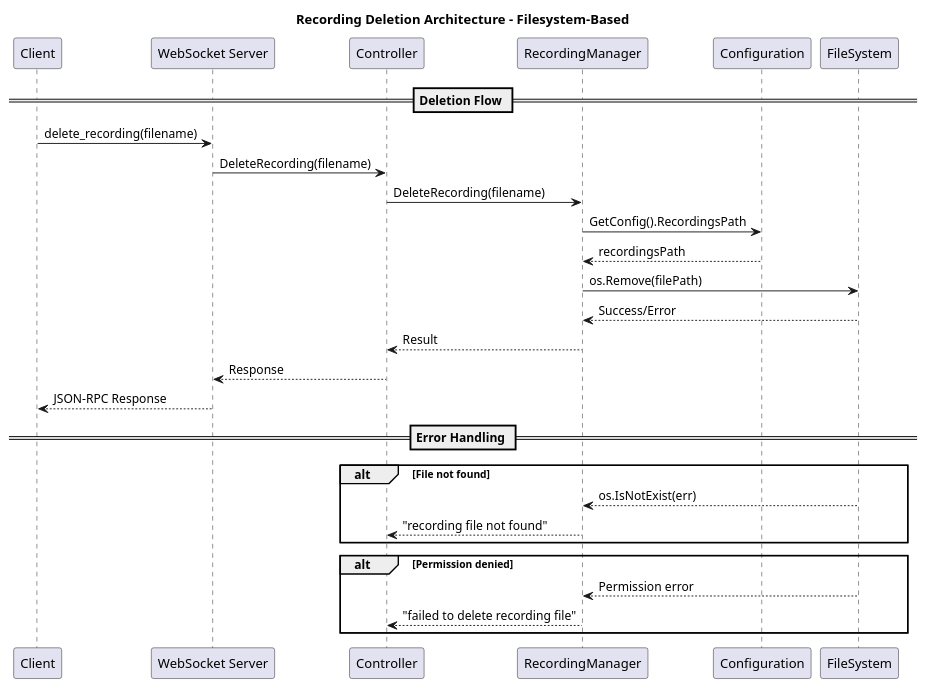
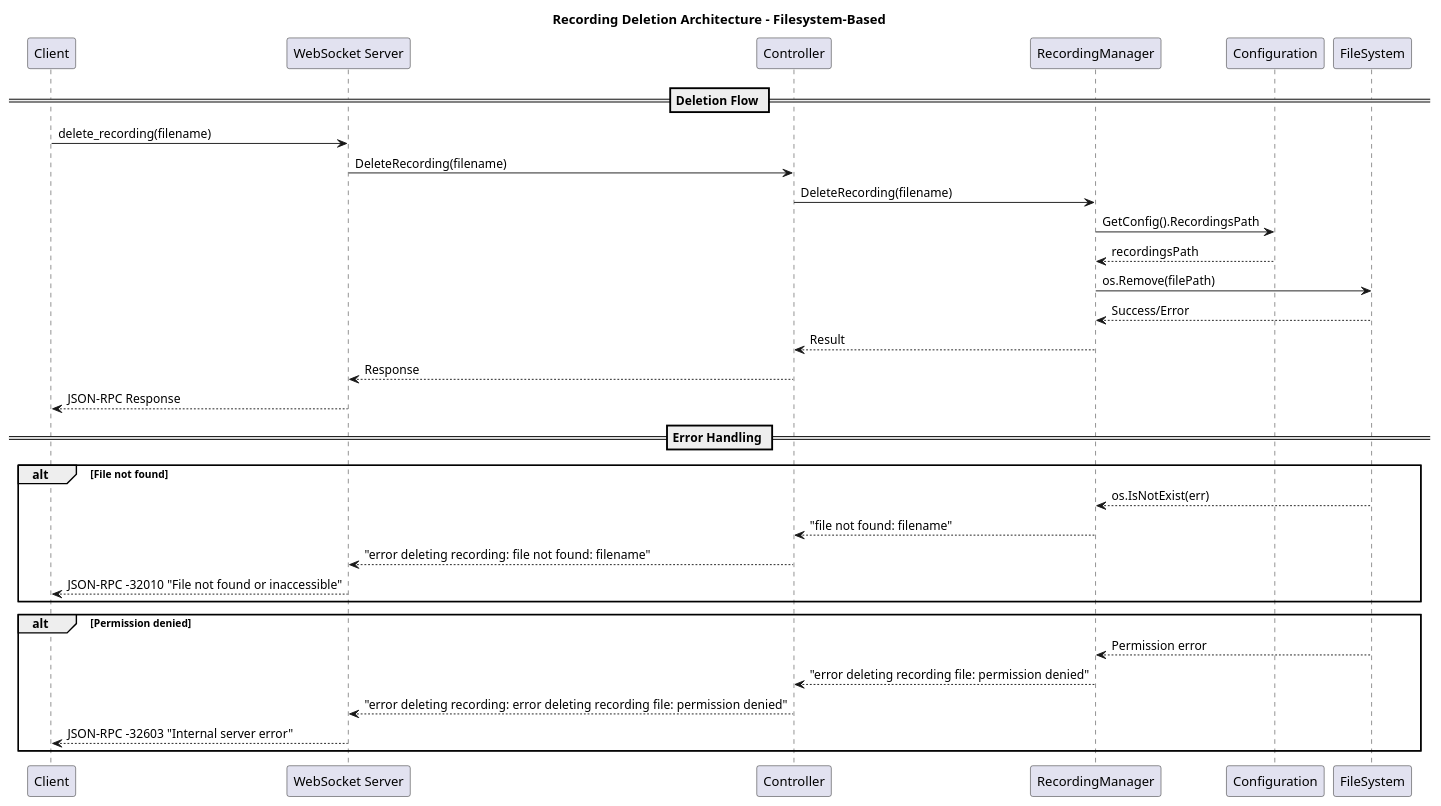
Before and after one commit to CarlosSprekelsen/CameraRecorder: the fifth of 30 diagrams in mediamtx-camera-service-go/docs/architecture/go-architecture-guide.md, drawn with PlantUML. The commit also changed other lines of this file and 11 other files, not shown here.

````diff
--- a/mediamtx-camera-service-go/docs/architecture/go-architecture-guide.md
+++ b/mediamtx-camera-service-go/docs/architecture/go-architecture-guide.md
@@ -222,36 +223,40 @@
 ```plantuml
 @startuml DeletionArchitecture
 title Recording Deletion Architecture - Filesystem-Based
 
 participant "Client" as C
 participant "WebSocket Server" as WS
 participant "Controller" as CTRL
 participant "RecordingManager" as RM
 participant "Configuration" as CFG
 participant "FileSystem" as FS
 
 == Deletion Flow ==
 C -> WS: delete_recording(filename)
 WS -> CTRL: DeleteRecording(filename)
 CTRL -> RM: DeleteRecording(filename)
 RM -> CFG: GetConfig().RecordingsPath
 CFG --> RM: recordingsPath
 RM -> FS: os.Remove(filePath)
 FS --> RM: Success/Error
 RM --> CTRL: Result
 CTRL --> WS: Response
 WS --> C: JSON-RPC Response
 
 == Error Handling ==
 alt File not found
   FS --> RM: os.IsNotExist(err)
-  RM --> CTRL: "recording file not found"
+  RM --> CTRL: "file not found: filename"
+  CTRL --> WS: "error deleting recording: file not found: filename"
+  WS --> C: JSON-RPC -32010 "File not found or inaccessible"
 end
 
 alt Permission denied
   FS --> RM: Permission error
-  RM --> CTRL: "failed to delete recording file"
+  RM --> CTRL: "error deleting recording file: permission denied"
+  CTRL --> WS: "error deleting recording: error deleting recording file: permission denied"
+  WS --> C: JSON-RPC -32603 "Internal server error"
 end
 
 @enduml
 ```
````
